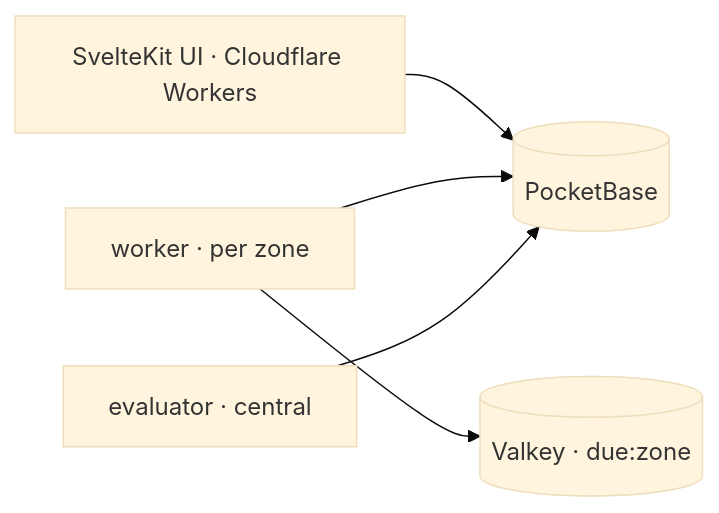
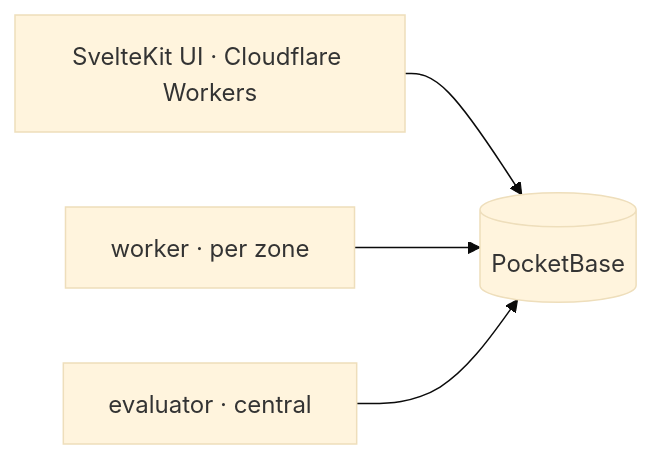
One commit to LytronHQ/nabz changed the diagram in README.md. Above: the diagram before and after it, drawn with Mermaid (base theme). The commit also changed other lines of this file and 402 other files, not shown here.

````diff
--- a/README.md
+++ b/README.md
@@ -20,7 +20,6 @@
 ```mermaid
 graph LR
   UI[SvelteKit UI · Cloudflare Workers] --> PB[(PocketBase)]
-  W[worker · per zone] --> VK[(Valkey · due:zone)]
-  W --> PB
+  W[worker · per zone] --> PB
   EV[evaluator · central] --> PB
 ```
````
